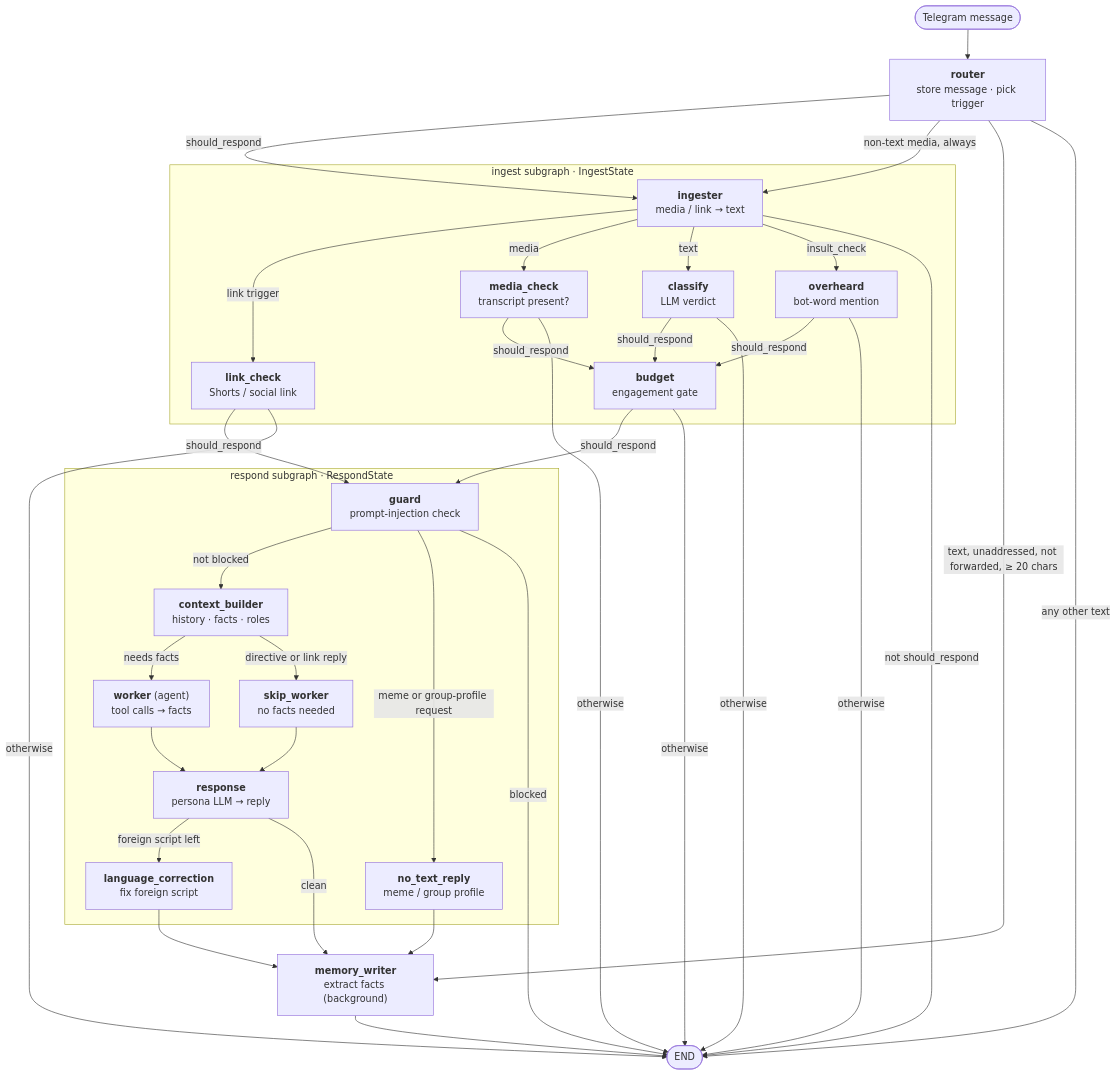
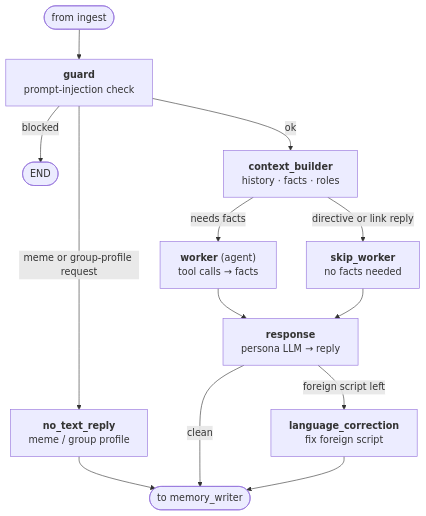
One commit to vsbaldeev/games-chatbot changed the third of 12 diagrams in src/pipeline/README.md. Above: the diagram before and after it, drawn with Mermaid. The commit also changed other lines of this file, not shown here.

Commit message:
docs: show the pipeline as four blocks with one diagram per subgraph

````diff
--- a/src/pipeline/README.md
+++ b/src/pipeline/README.md
@@ -31,58 +78,15 @@
 ```mermaid
 flowchart TD
-    start(["Telegram message"]) --> router
-
-    router["<b>router</b><br/>store message · pick trigger"]
-    subgraph ingest_stage["ingest subgraph · IngestState"]
-        ingester["<b>ingester</b><br/>media / link → text"]
-        link["<b>link_check</b><br/>Shorts / social link"]
-        media["<b>media_check</b><br/>transcript present?"]
-        classify["<b>classify</b><br/>LLM verdict"]
-        overheard["<b>overheard</b><br/>bot-word mention"]
-        budget["<b>budget</b><br/>engagement gate"]
-    end
-    subgraph respond_stage["respond subgraph · RespondState"]
-        guard["<b>guard</b><br/>prompt-injection check"]
-        ctx["<b>context_builder</b><br/>history · facts · roles"]
-        worker["<b>worker</b> (agent)<br/>tool calls → facts"]
-        skipw["<b>skip_worker</b><br/>no facts needed"]
-        notext["<b>no_text_reply</b><br/>meme / group profile"]
-        response["<b>response</b><br/>persona LLM → reply"]
-        lang["<b>language_correction</b><br/>fix foreign script"]
-    end
-    memory["<b>memory_writer</b><br/>extract facts (background)"]
-    stop(["END"])
-
-    router -->|"should_respond"| ingester
-    router -->|"non-text media, always"| ingester
-    router -->|"text, unaddressed, not forwarded, ≥ 20 chars"| memory
-    router -->|"any other text"| stop
-
-    ingester -->|"link trigger"| link
-    ingester -->|"media"| media
-    ingester -->|"text"| classify
-    ingester -->|"insult_check"| overheard
-    ingester -->|"not should_respond"| stop
-
-    link -->|"should_respond"| guard
-    media -->|"should_respond"| budget
-    classify -->|"should_respond"| budget
-    overheard -->|"should_respond"| budget
-    budget -->|"should_respond"| guard
-    link -->|"otherwise"| stop
-    media -->|"otherwise"| stop
-    classify -->|"otherwise"| stop
-    overheard -->|"otherwise"| stop
-    budget -->|"otherwise"| stop
-
-    guard -->|"not blocked"| ctx
-    guard -->|"meme or group-profile request"| notext --> memory
-    guard -->|"blocked"| stop
-
-    ctx -->|"needs facts"| worker --> response
-    ctx -->|"directive or link reply"| skipw --> response
-    response -->|"foreign script left"| lang
-    response -->|"clean"| memory
-    lang --> memory
-    memory --> stop
+    in(["from ingest"]) --> guard["<b>guard</b><br/>prompt-injection check"]
+    guard -->|"blocked"| blocked(["END"])
+    guard -->|"meme or group-profile request"| notext["<b>no_text_reply</b><br/>meme / group profile"]
+    guard -->|"ok"| ctx["<b>context_builder</b><br/>history · facts · roles"]
+    notext --> out
+    ctx -->|"needs facts"| worker["<b>worker</b> (agent)<br/>tool calls → facts"]
+    ctx -->|"directive or link reply"| skipw["<b>skip_worker</b><br/>no facts needed"]
+    worker --> response["<b>response</b><br/>persona LLM → reply"]
+    skipw --> response
+    response -->|"foreign script left"| lang["<b>language_correction</b><br/>fix foreign script"]
+    response -->|"clean"| out(["to memory_writer"])
+    lang --> out
 ```
````
